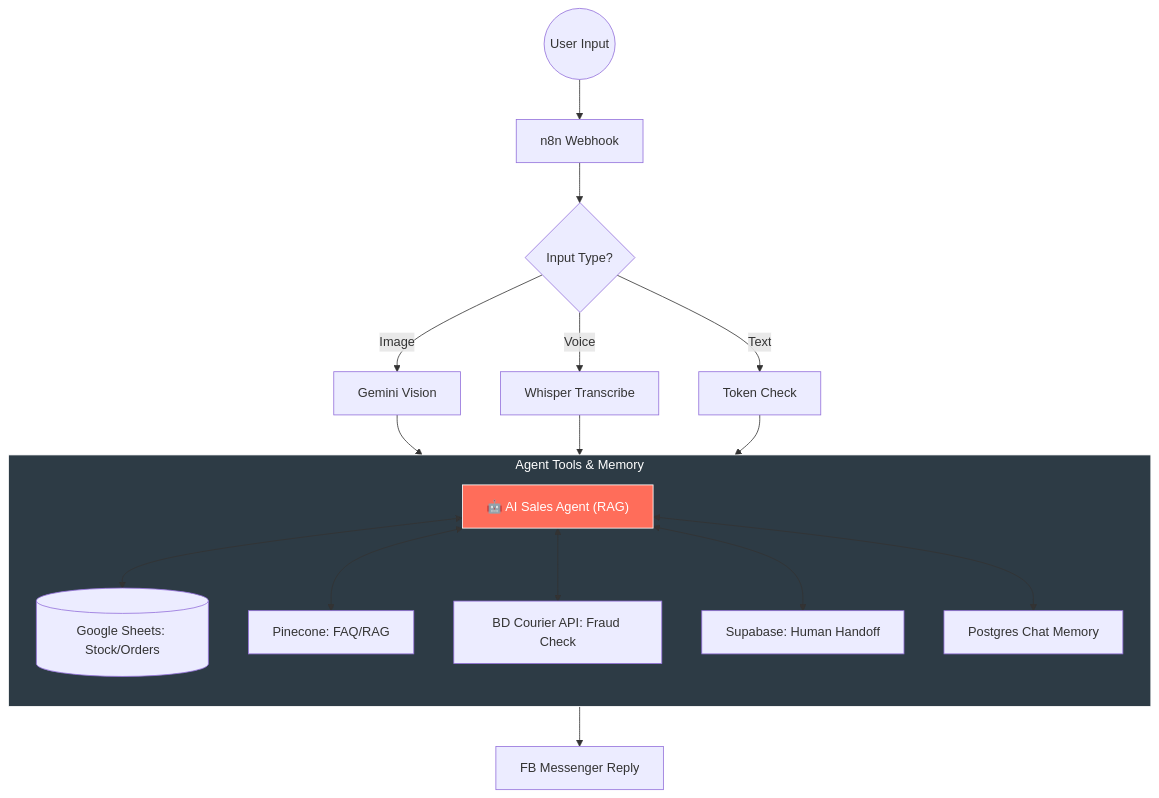
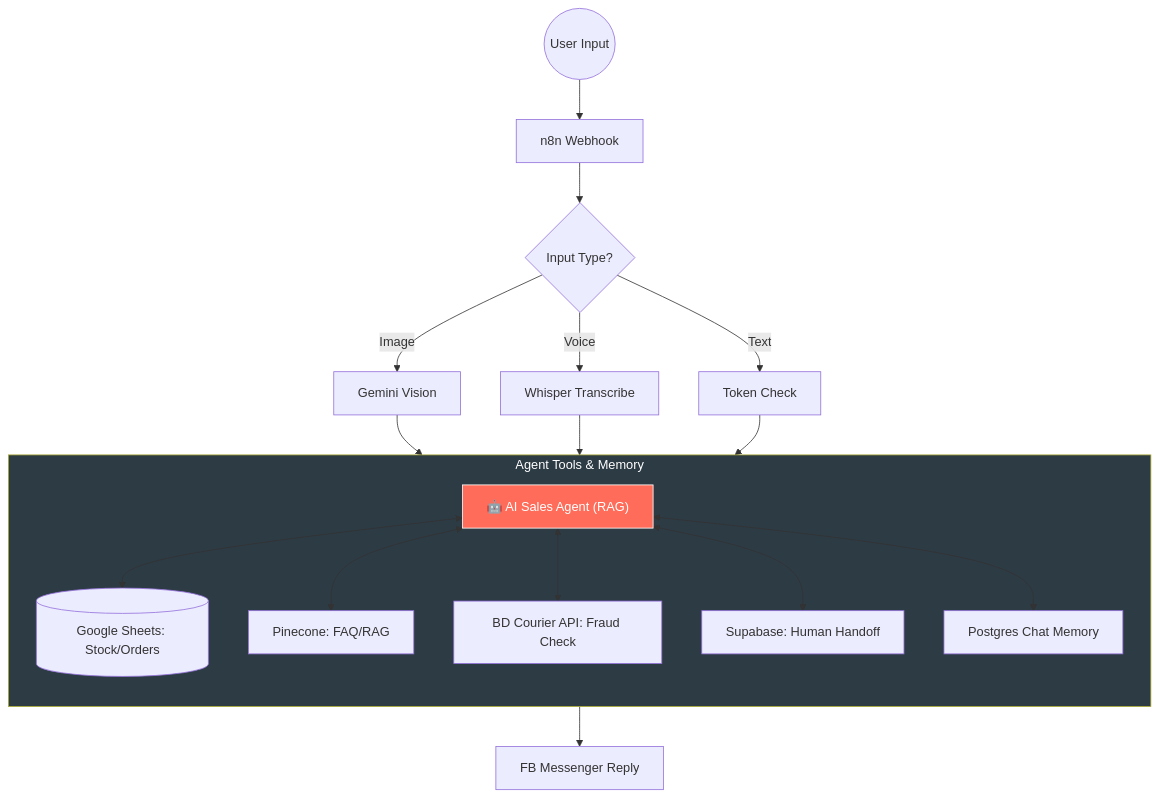
The first of 8 diagrams in README.md (ubachan-ai/ubachan-ai), drawn with Mermaid before and after one commit.

````diff
--- a/README.md
+++ b/README.md
@@ -41,29 +41,29 @@
 ```mermaid
-graph TD
+flowchart TD
   User((User Input)) --> Webhook[n8n Webhook]
   Webhook --> Router{Input Type?}
 
   Router -->|Image| Vision[Gemini Vision]
   Router -->|Voice| Audio[Whisper Transcribe]
   Router -->|Text| Token[Token Check]
 
   Vision --> Agent
   Audio --> Agent
   Token --> Agent
 
   Agent["🤖 AI Sales Agent (RAG)"]
 
   subgraph Tools [Agent Tools & Memory]
     direction TB
     Agent <--> GSheets[("Google Sheets: Stock/Orders")]
     Agent <--> Vector[Pinecone: FAQ/RAG]
     Agent <--> Fraud[BD Courier API: Fraud Check]
     Agent <--> Handover[Supabase: Human Handoff]
     Agent <--> Memory[Postgres Chat Memory]
   end
 
   Agent --> Messenger[FB Messenger Reply]
 
   style Agent fill:#FF6D5A,color:#fff,stroke:#fff
-  style Tools fill:#2D3B45,color:#fff,stroke:#fff
+  style Tools fill:#2D3B45,color:#fff
 ```
````
